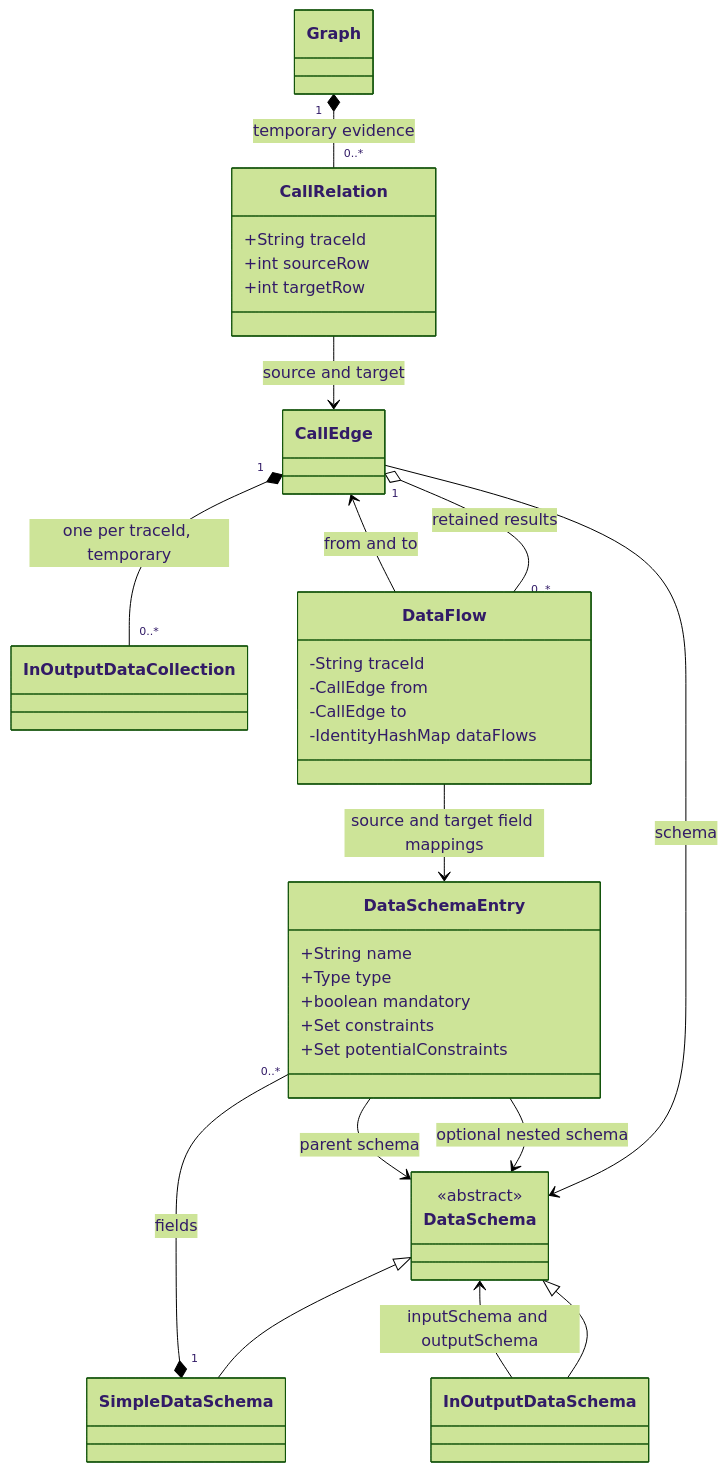
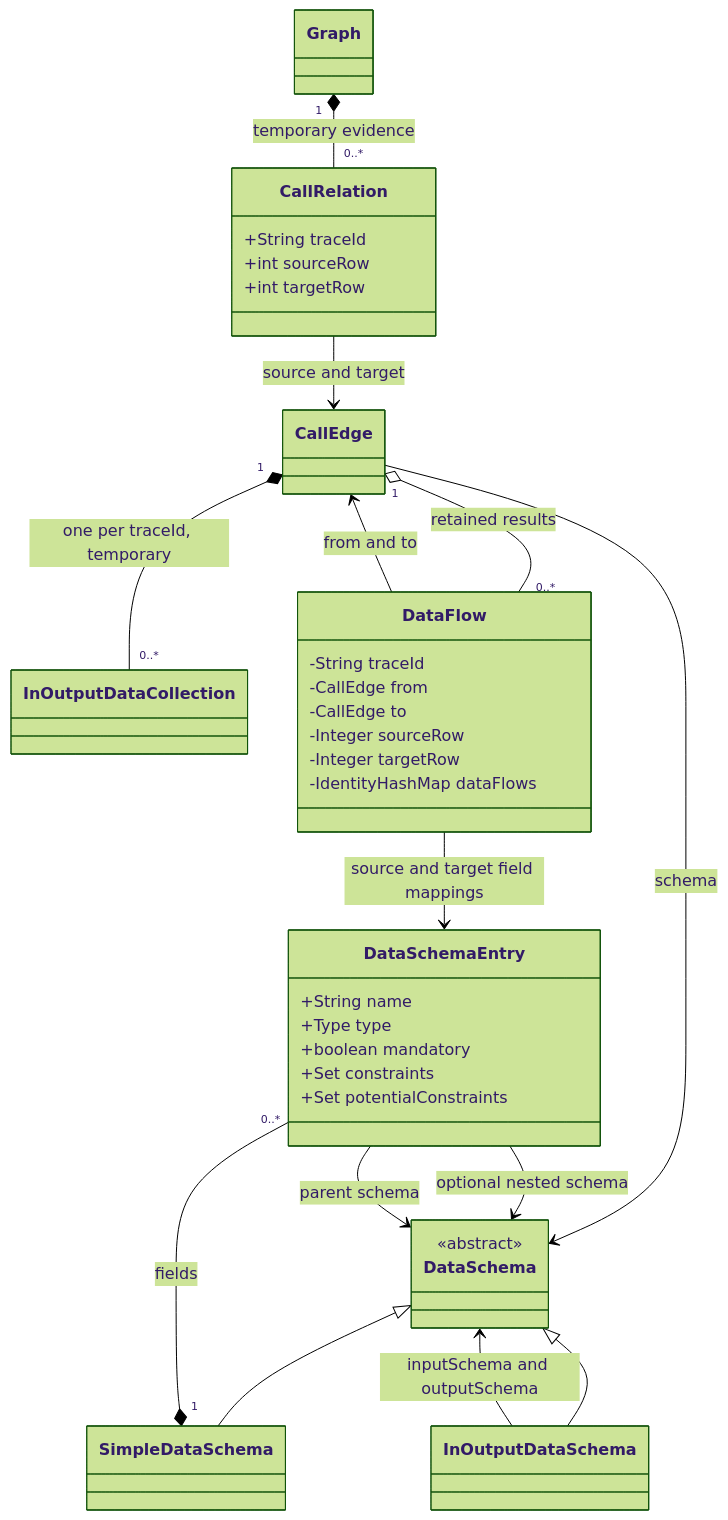
One commit to stefFischer/Constrainium changed the third of 4 diagrams in core/docs/graph-model.md. Above: the diagram before and after it, drawn with Mermaid (forest theme). The commit also changed other lines of this file and 13 other files, not shown here.

First line of the commit message:
Merge repeated database calls while preserving schemas and data-flows

````diff
--- a/core/docs/graph-model.md
+++ b/core/docs/graph-model.md
@@ -164,43 +191,45 @@
 ```mermaid
 classDiagram
     class Graph
     class CallRelation {
         +String traceId
         +int sourceRow
         +int targetRow
     }
     class CallEdge
     class InOutputDataCollection
     class DataFlow {
         -String traceId
         -CallEdge from
         -CallEdge to
+        -Integer sourceRow
+        -Integer targetRow
         -IdentityHashMap dataFlows
     }
     class DataSchema {
         <<abstract>>
     }
     class SimpleDataSchema
     class InOutputDataSchema
     class DataSchemaEntry {
         +String name
         +Type type
         +boolean mandatory
         +Set constraints
         +Set potentialConstraints
     }
 
     Graph "1" *-- "0..*" CallRelation : temporary evidence
     CallRelation --> CallEdge : source and target
     CallEdge "1" *-- "0..*" InOutputDataCollection : one per traceId, temporary
     CallEdge "1" o-- "0..*" DataFlow : retained results
     DataFlow --> CallEdge : from and to
     CallEdge --> DataSchema : schema
     DataSchema <|-- SimpleDataSchema
     DataSchema <|-- InOutputDataSchema
     InOutputDataSchema --> DataSchema : inputSchema and outputSchema
     SimpleDataSchema "1" *-- "0..*" DataSchemaEntry : fields
     DataSchemaEntry --> DataSchema : optional nested schema
     DataSchemaEntry --> DataSchema : parent schema
     DataFlow --> DataSchemaEntry : source and target field mappings
 ```
````
